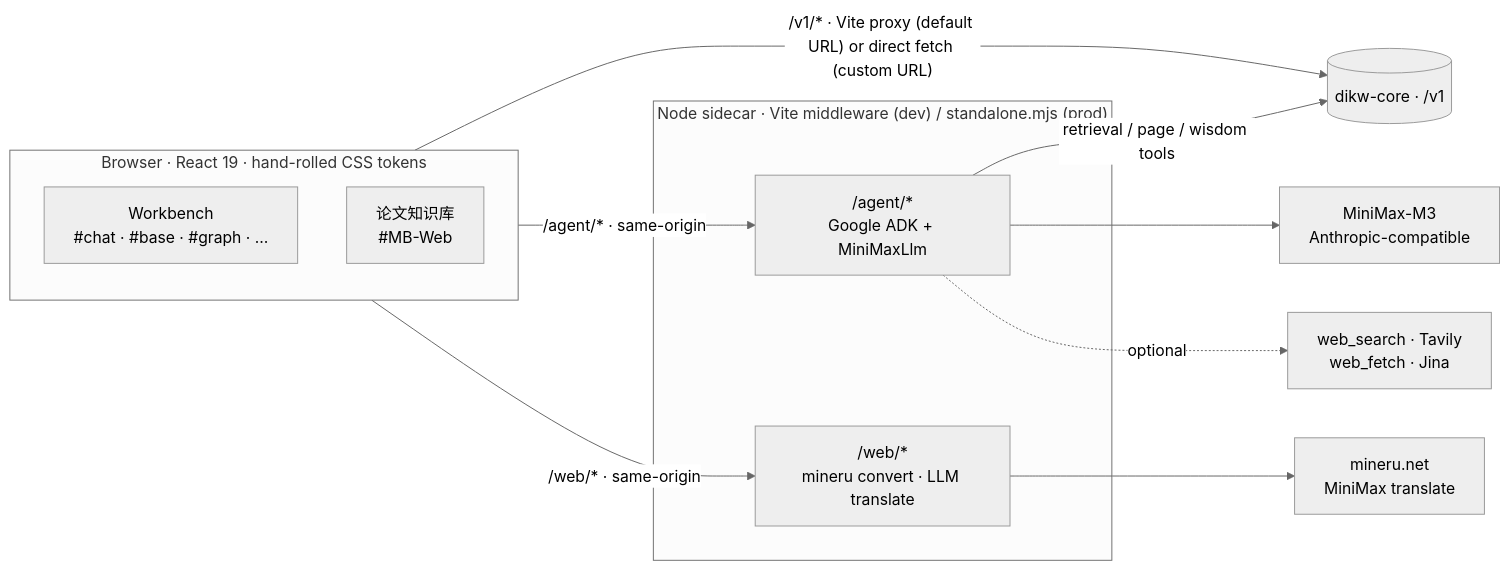
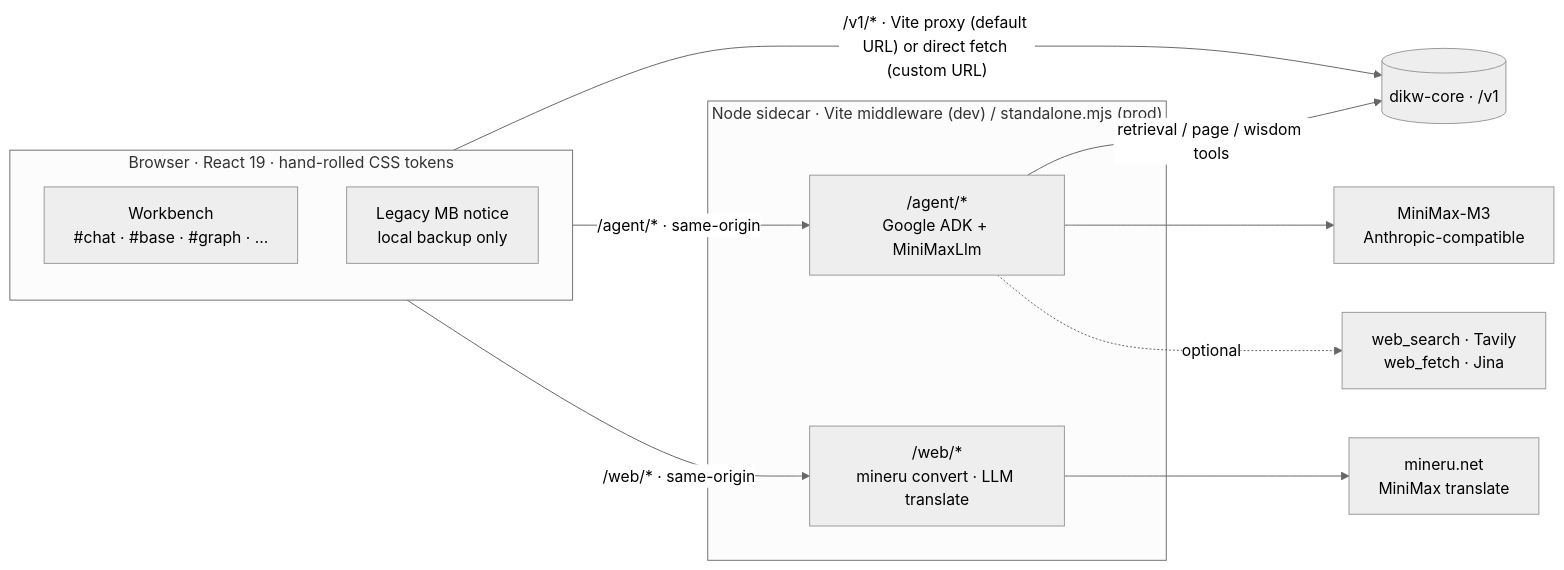
Before and after one commit to OpenDIKW/dikw-web: the diagram in README.md, drawn with Mermaid (neutral theme). The commit also changed other lines of this file and 43 other files, not shown here.

````diff
--- a/README.md
+++ b/README.md
@@ -115,26 +113,26 @@
 ```mermaid
 flowchart LR
     subgraph browser["Browser · React 19 · hand-rolled CSS tokens"]
         wb["Workbench<br/>#chat · #base · #graph · …"]
-        mb["论文知识库<br/>#MB-Web"]
+        legacy["Legacy MB notice<br/>local backup only"]
     end
 
     subgraph sidecar["Node sidecar · Vite middleware (dev) / standalone.mjs (prod)"]
         agent["/agent/*<br/>Google ADK + MiniMaxLlm"]
         web["/web/*<br/>mineru convert · LLM translate"]
     end
 
     core[("dikw-core · /v1")]
     llm["MiniMax-M3<br/>Anthropic-compatible"]
     webtools["web_search · Tavily<br/>web_fetch · Jina"]
     convsvc["mineru.net<br/>MiniMax translate"]
 
     browser -->|"/v1/* · Vite proxy (default URL) or direct fetch (custom URL)"| core
     browser -->|"/agent/* · same-origin"| agent
     browser -->|"/web/* · same-origin"| web
 
     agent --> llm
     agent -->|"retrieval / page / wisdom tools"| core
     agent -.->|"optional"| webtools
     web --> convsvc
 ```
````
